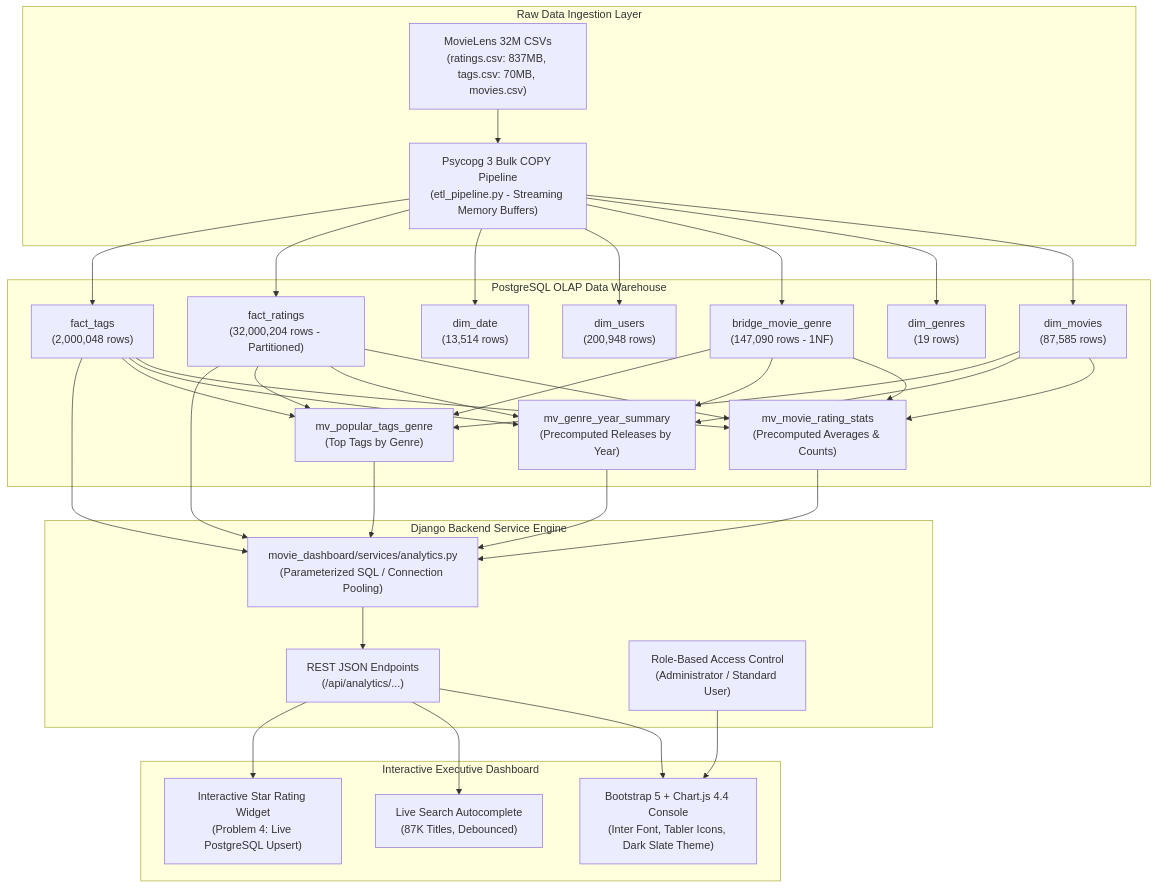
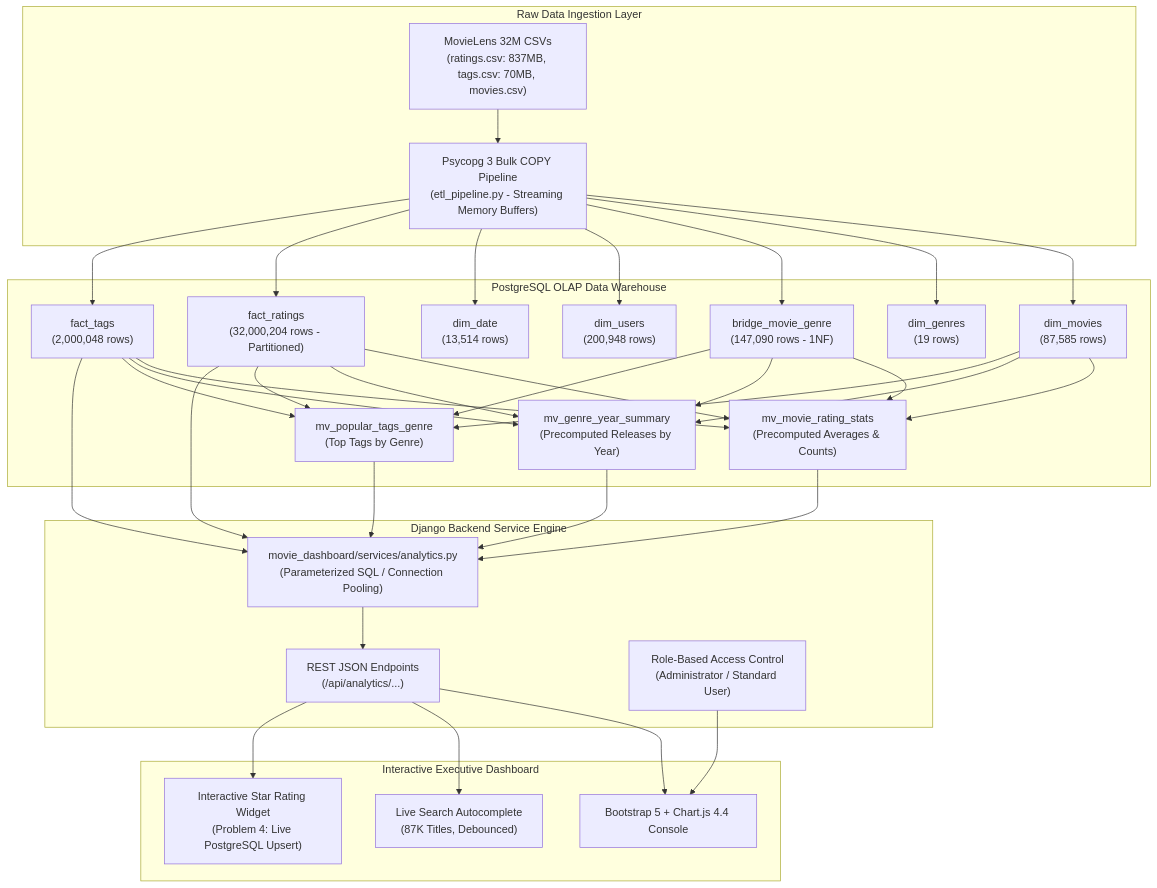
The diagram in README.md (noedrflsh/Data_Engg_projet), drawn with Mermaid before and after one commit. The commit also changed other lines of this file and 1 other file, not shown here.

````diff
--- a/README.md
+++ b/README.md
@@ -35,41 +35,41 @@
 ```mermaid
 flowchart TD
     subgraph S1["Raw Data Ingestion Layer"]
         CSV["MovieLens 32M CSVs\n(ratings.csv: 837MB, tags.csv: 70MB, movies.csv)"]
         ETL["Psycopg 3 Bulk COPY Pipeline\n(etl_pipeline.py - Streaming Memory Buffers)"]
     end
 
     subgraph S2["PostgreSQL OLAP Data Warehouse"]
         DM["dim_movies\n(87,585 rows)"]
         DG["dim_genres\n(19 rows)"]
         BMG["bridge_movie_genre\n(147,090 rows - 1NF)"]
         DU["dim_users\n(200,948 rows)"]
         DD["dim_date\n(13,514 rows)"]
         FR["fact_ratings\n(32,000,204 rows - Partitioned)"]
         FT["fact_tags\n(2,000,048 rows)"]
         
         MV1["mv_movie_rating_stats\n(Precomputed Averages & Counts)"]
         MV2["mv_genre_year_summary\n(Precomputed Releases by Year)"]
         MV3["mv_popular_tags_genre\n(Top Tags by Genre)"]
     end
 
     subgraph S3["Django Backend Service Engine"]
         SRV["movie_dashboard/services/analytics.py\n(Parameterized SQL / Connection Pooling)"]
         API["REST JSON Endpoints\n(/api/analytics/...)"]
         AUTH["Role-Based Access Control\n(Administrator / Standard User)"]
     end
 
     subgraph S4["Interactive Executive Dashboard"]
-        UI["Bootstrap 5 + Chart.js 4.4 Console\n(Inter Font, Tabler Icons, Dark Slate Theme)"]
+        UI["Bootstrap 5 + Chart.js 4.4 Console\n"]
         AUTO["Live Search Autocomplete\n(87K Titles, Debounced)"]
         RATE["Interactive Star Rating Widget\n(Problem 4: Live PostgreSQL Upsert)"]
     end
 
     CSV --> ETL
     ETL --> DM & DG & BMG & DU & DD & FR & FT
     FR & FT & DM & BMG --> MV1 & MV2 & MV3
     MV1 & MV2 & MV3 & FR & FT --> SRV
     SRV --> API
     API --> UI & AUTO & RATE
     AUTH --> UI
 ```
````
